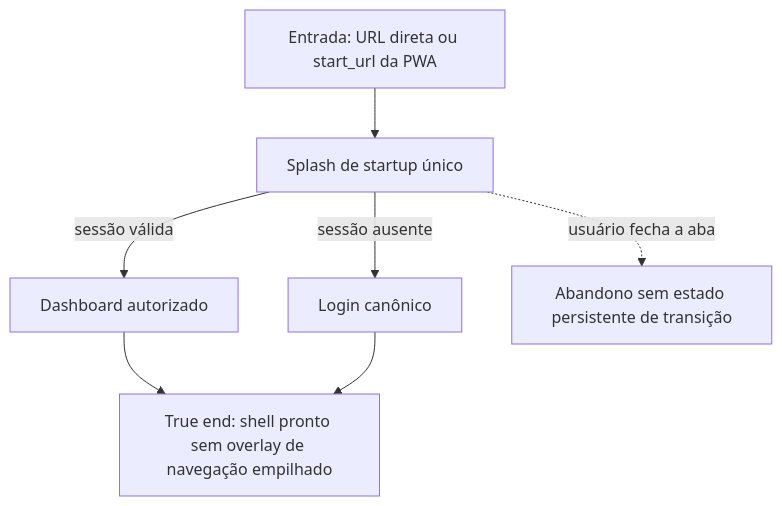
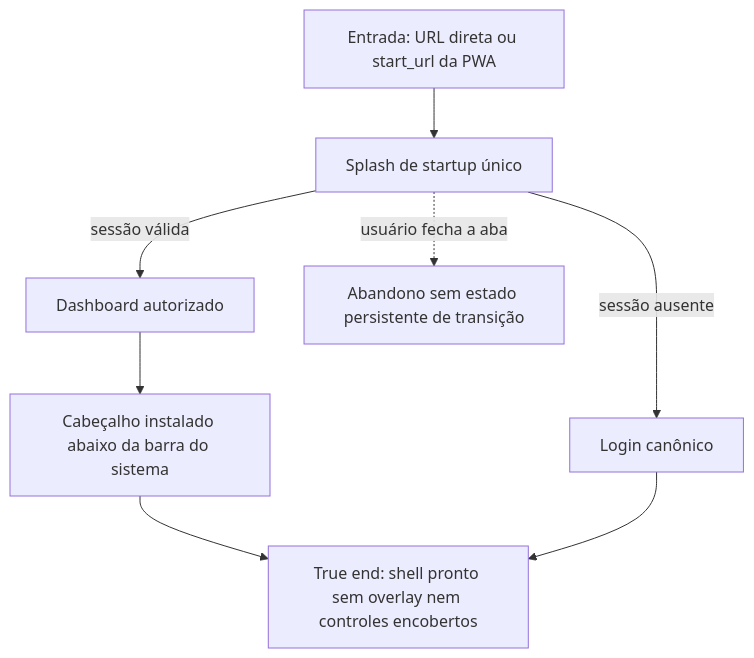
Before and after one commit to andreustimm/master-jobs: the diagram in docs/qa/journeys/J-open-dashboard-direct.md, drawn with Mermaid. The commit also changed other lines of this file and 5 other files, not shown here.

````diff
--- a/docs/qa/journeys/J-open-dashboard-direct.md
+++ b/docs/qa/journeys/J-open-dashboard-direct.md
@@ -3,9 +3,10 @@
 ```mermaid
 flowchart TD
     A[Entrada: URL direta ou start_url da PWA] --> B[Splash de startup único]
     B -->|sessão válida| C[Dashboard autorizado]
     B -->|sessão ausente| D[Login canônico]
     B -.->|usuário fecha a aba| X[Abandono sem estado persistente de transição]
-    C --> E[True end: shell pronto sem overlay de navegação empilhado]
+    C --> F[Cabeçalho instalado abaixo da barra do sistema]
+    F --> E[True end: shell pronto sem overlay nem controles encobertos]
     D --> E
 ```
````
